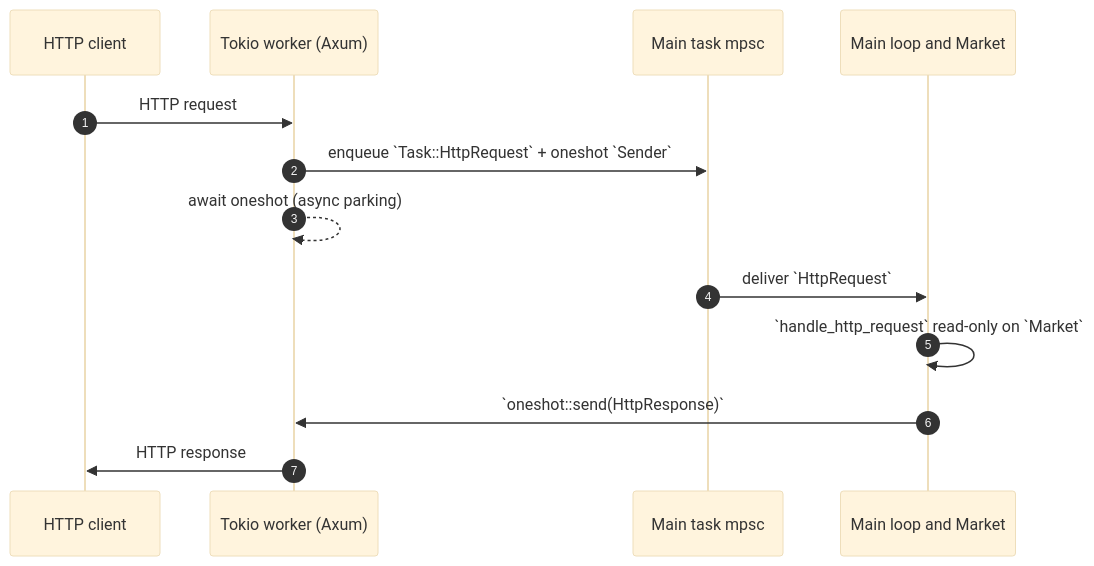
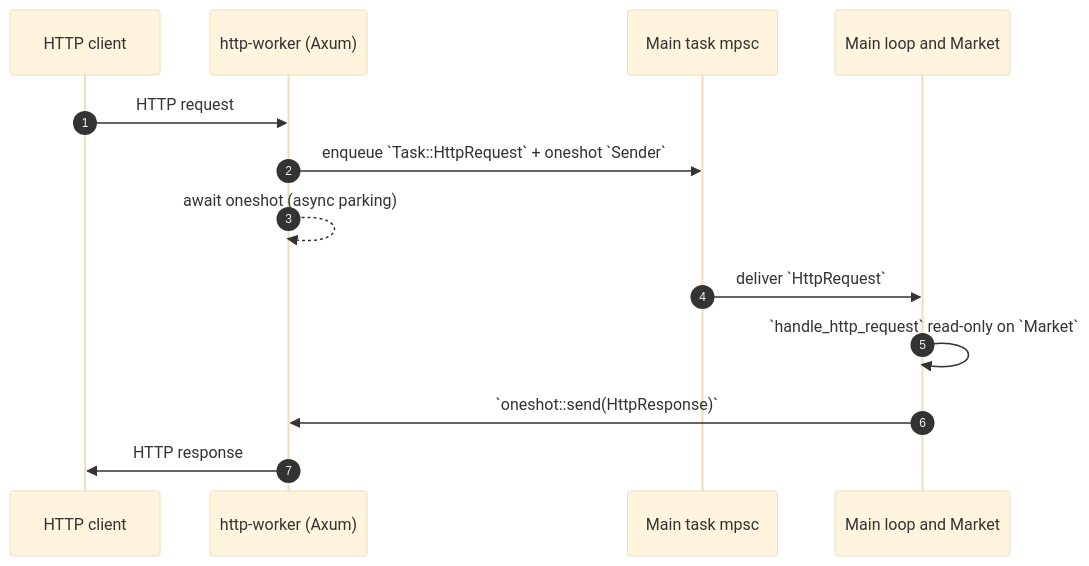
Before and after one commit to rqzrqh/matchengine_rust: the second of 3 diagrams in doc/thread-model.md, drawn with Mermaid (base theme). The commit also changed other lines of this file and 4 other files, not shown here.

````diff
--- a/doc/thread-model.md
+++ b/doc/thread-model.md
@@ -120,16 +128,16 @@
 ```mermaid
 sequenceDiagram
   autonumber
   participant C as HTTP client
-  participant W as Tokio worker (Axum)
+  participant W as http-worker (Axum)
   participant Q as Main task mpsc
   participant M as Main loop and Market
 
   C->>W: HTTP request
   W->>Q: enqueue `Task::HttpRequest` + oneshot `Sender`
   W-->>W: await oneshot (async parking)
   Q->>M: deliver `HttpRequest`
   M->>M: `handle_http_request` read-only on `Market`
   M->>W: `oneshot::send(HttpResponse)`
   W->>C: HTTP response
 ```
````
